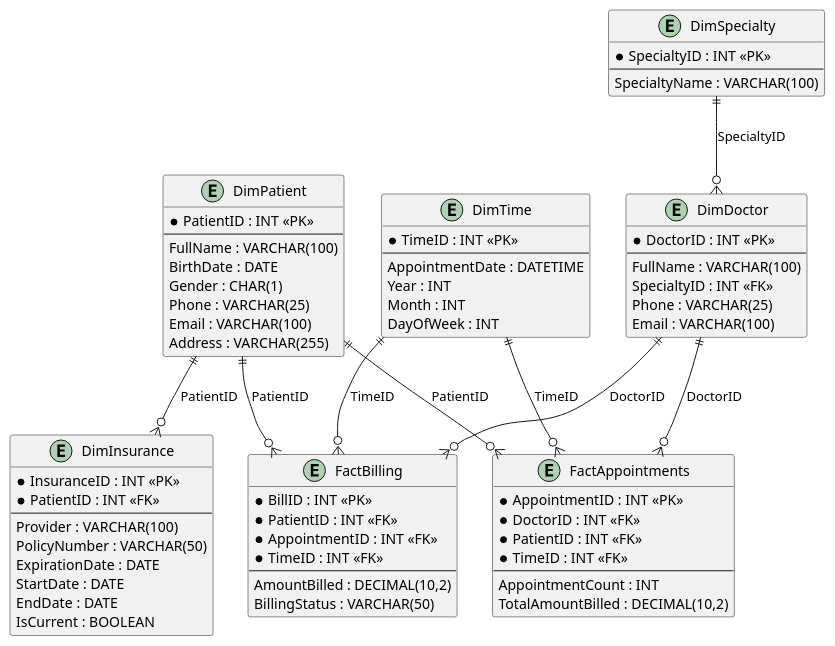
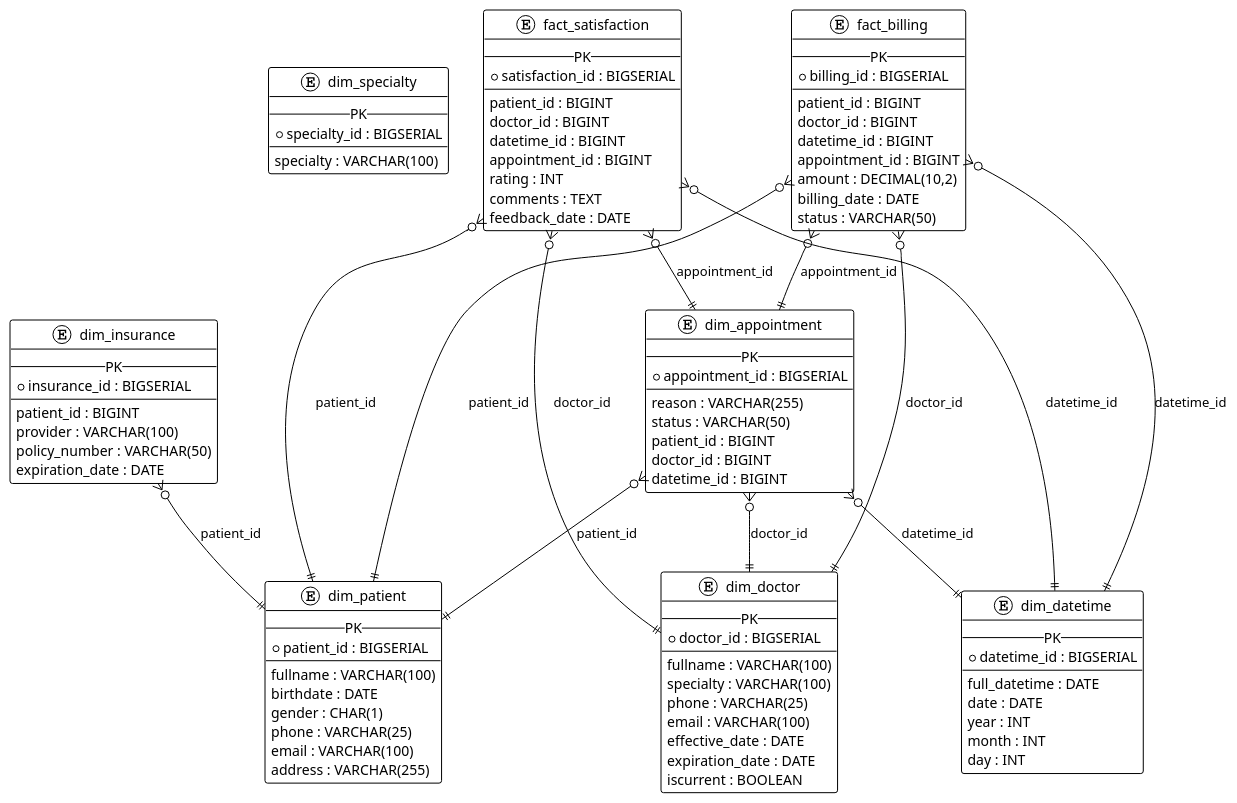
One commit to 4llower/hospital-OLTP-OLAP-ETL changed the diagram in olap/OLAP.plantuml. Above: the diagram before and after it, drawn with PlantUML. The commit also changed 6 other files, not shown here.

```diff
--- a/olap/OLAP.plantuml
+++ b/olap/OLAP.plantuml
@@ -1,77 +1,114 @@
-@startuml diagram
-entity "FactAppointments" {
-  *AppointmentID : INT <<PK>>
-  *DoctorID : INT <<FK>>
-  *PatientID : INT <<FK>>
-  *TimeID : INT <<FK>>
+@startuml OLAP_Diagram
+
+!theme plain
+hide stereotype
+
+' Fact and Dimension Entities
+entity "dim_specialty" {
+  -- PK --
+  * specialty_id : BIGSERIAL
   --
-  AppointmentCount : INT
-  TotalAmountBilled : DECIMAL(10,2)
+  specialty : VARCHAR(100)
 }
 
-entity "FactBilling" {
-  *BillID : INT <<PK>>
-  *PatientID : INT <<FK>>
-  *AppointmentID : INT <<FK>>
-  *TimeID : INT <<FK>>
+entity "dim_doctor" {
+  -- PK --
+  * doctor_id : BIGSERIAL
   --
-  AmountBilled : DECIMAL(10,2)
-  BillingStatus : VARCHAR(50)
+  fullname : VARCHAR(100)
+  specialty : VARCHAR(100)
+  phone : VARCHAR(25)
+  email : VARCHAR(100)
+  effective_date : DATE
+  expiration_date : DATE
+  iscurrent : BOOLEAN
 }
 
-entity "DimDoctor" {
-  *DoctorID : INT <<PK>>
+entity "dim_patient" {
+  -- PK --
+  * patient_id : BIGSERIAL
   --
-  FullName : VARCHAR(100)
-  SpecialtyID : INT <<FK>>
-  Phone : VARCHAR(25)
-  Email : VARCHAR(100)
+  fullname : VARCHAR(100)
+  birthdate : DATE
+  gender : CHAR(1)
+  phone : VARCHAR(25)
+  email : VARCHAR(100)
+  address : VARCHAR(255)
 }
 
-entity "DimPatient" {
-  *PatientID : INT <<PK>>
+entity "dim_insurance" {
+  -- PK --
+  * insurance_id : BIGSERIAL
   --
-  FullName : VARCHAR(100)
-  BirthDate : DATE
-  Gender : CHAR(1)
-  Phone : VARCHAR(25)
-  Email : VARCHAR(100)
-  Address : VARCHAR(255)
+  patient_id : BIGINT
+  provider : VARCHAR(100)
+  policy_number : VARCHAR(50)
+  expiration_date : DATE
 }
 
-entity "DimTime" {
-  *TimeID : INT <<PK>>
+entity "dim_datetime" {
+  -- PK --
+  * datetime_id : BIGSERIAL
   --
-  AppointmentDate : DATETIME
-  Year : INT
-  Month : INT
-  DayOfWeek : INT
+  full_datetime : DATE
+  date : DATE
+  year : INT
+  month : INT
+  day : INT
 }
 
-entity "DimSpecialty" {
-  *SpecialtyID : INT <<PK>>
+entity "dim_appointment" {
+  -- PK --
+  * appointment_id : BIGSERIAL
   --
-  SpecialtyName : VARCHAR(100)
+  reason : VARCHAR(255)
+  status : VARCHAR(50)
+  patient_id : BIGINT
+  doctor_id : BIGINT
+  datetime_id : BIGINT
 }
 
-entity "DimInsurance" {
-  *InsuranceID : INT <<PK>>
-  *PatientID : INT <<FK>>
+entity "fact_billing" {
+  -- PK --
+  * billing_id : BIGSERIAL
   --
-  Provider : VARCHAR(100)
-  PolicyNumber : VARCHAR(50)
-  ExpirationDate : DATE
-  StartDate : DATE
-  EndDate : DATE
-  IsCurrent : BOOLEAN
+  patient_id : BIGINT
+  doctor_id : BIGINT
+  datetime_id : BIGINT
+  appointment_id : BIGINT
+  amount : DECIMAL(10,2)
+  billing_date : DATE
+  status : VARCHAR(50)
 }
 
-"DimDoctor" ||--o{ "FactAppointments" : "DoctorID"
-"DimPatient" ||--o{ "FactAppointments" : "PatientID"
-"DimTime" ||--o{ "FactAppointments" : "TimeID"
-"DimDoctor" ||--o{ "FactBilling" : "DoctorID"
-"DimPatient" ||--o{ "FactBilling" : "PatientID"
-"DimTime" ||--o{ "FactBilling" : "TimeID"
-"DimSpecialty" ||--o{ "DimDoctor" : "SpecialtyID"
-"DimPatient" ||--o{ "DimInsurance" : "PatientID"
+entity "fact_satisfaction" {
+  -- PK --
+  * satisfaction_id : BIGSERIAL
+  --
+  patient_id : BIGINT
+  doctor_id : BIGINT
+  datetime_id : BIGINT
+  appointment_id : BIGINT
+  rating : INT
+  comments : TEXT
+  feedback_date : DATE
+}
+
+' Relationships
+dim_appointment }o--|| dim_patient : "patient_id"
+dim_appointment }o--|| dim_doctor : "doctor_id"
+dim_appointment }o--|| dim_datetime : "datetime_id"
+
+fact_billing }o--|| dim_patient : "patient_id"
+fact_billing }o--|| dim_doctor : "doctor_id"
+fact_billing }o--|| dim_datetime : "datetime_id"
+fact_billing }o--|| dim_appointment : "appointment_id"
+
+fact_satisfaction }o--|| dim_patient : "patient_id"
+fact_satisfaction }o--|| dim_doctor : "doctor_id"
+fact_satisfaction }o--|| dim_datetime : "datetime_id"
+fact_satisfaction }o--|| dim_appointment : "appointment_id"
+
+dim_insurance }o--|| dim_patient : "patient_id"
+
 @enduml
```
